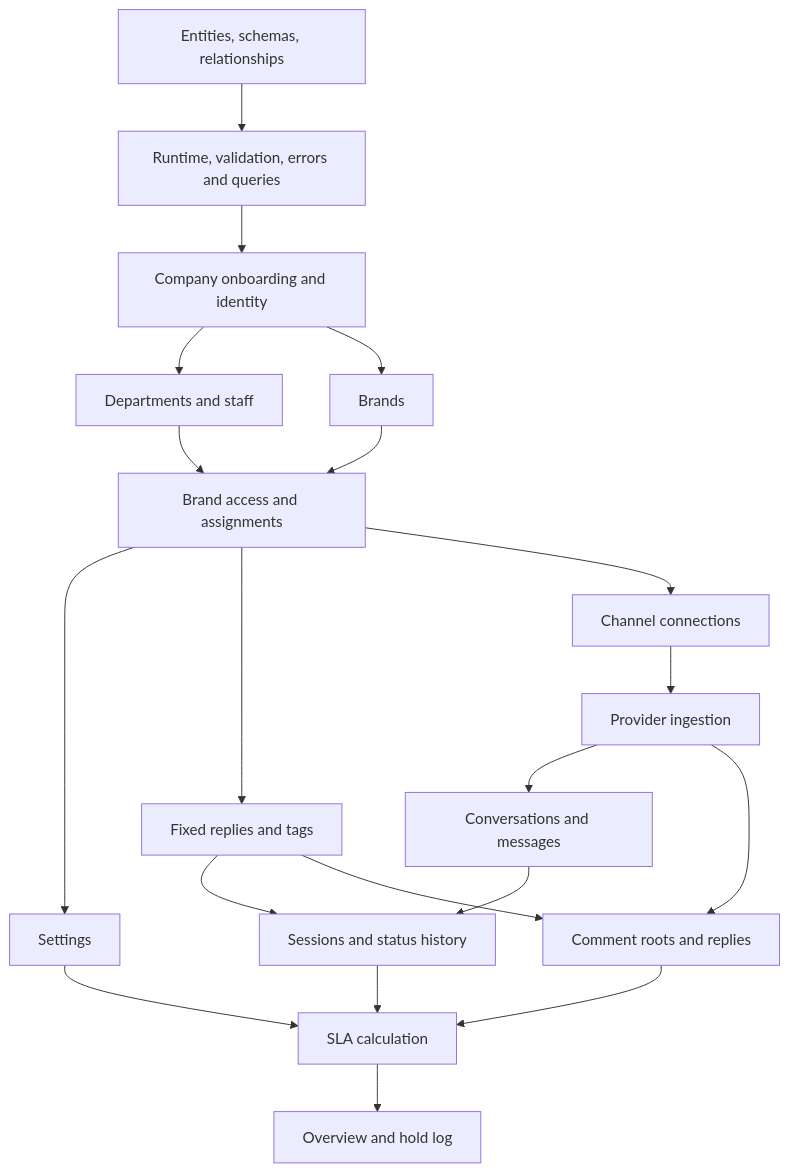
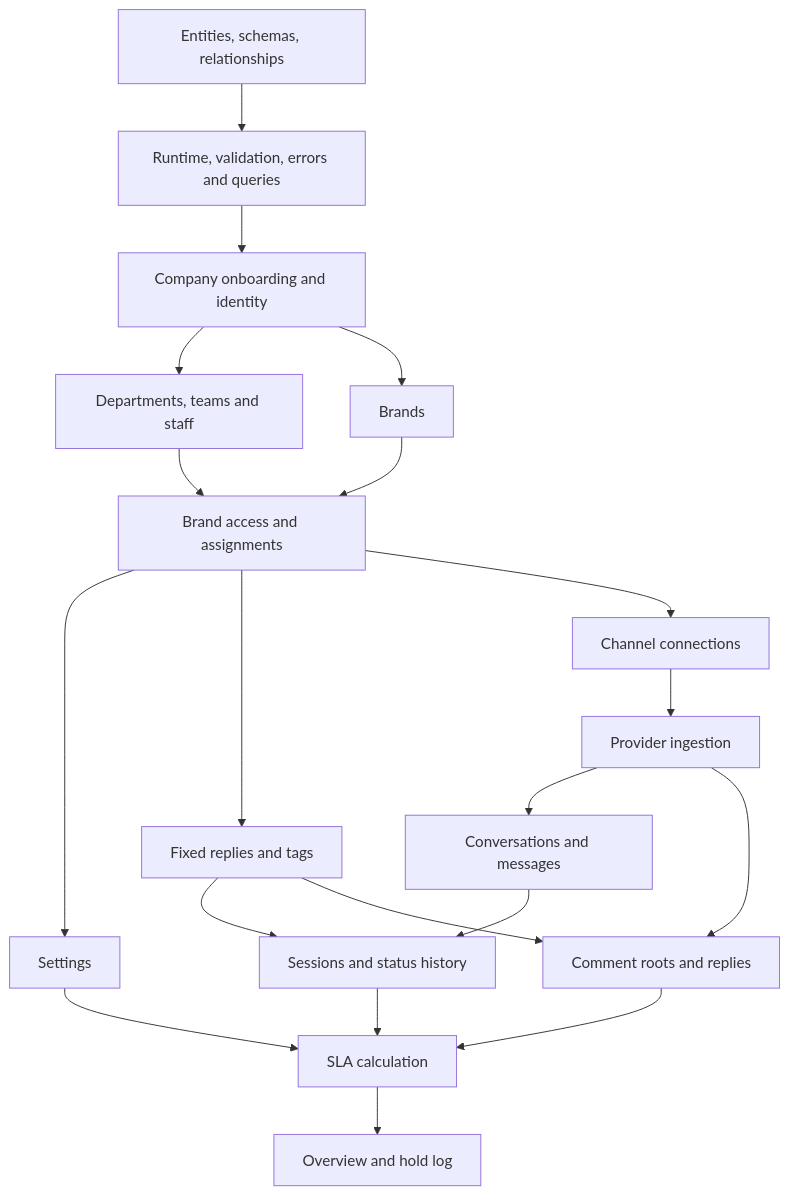
Before and after one commit to mdsalahuddin2001/fullstackshikhi: the diagram in content/docs/listenyzen/learning-path.mdx, drawn with Mermaid. The commit also changed other lines of this file and 24 other files, not shown here.

````diff
--- a/content/docs/listenyzen/learning-path.mdx
+++ b/content/docs/listenyzen/learning-path.mdx
@@ -12,22 +12,22 @@
 ```mermaid
 flowchart TD
   DB[Entities, schemas, relationships] --> Shared[Runtime, validation, errors and queries]
   Shared --> Auth[Company onboarding and identity]
-  Auth --> Staff[Departments and staff]
+  Auth --> Staff[Departments, teams and staff]
   Auth --> Brand[Brands]
   Staff --> Access[Brand access and assignments]
   Brand --> Access
   Access --> Settings[Settings]
   Access --> Replies[Fixed replies and tags]
   Access --> Channels[Channel connections]
   Channels --> Ingest[Provider ingestion]
   Ingest --> Inbox[Conversations and messages]
   Ingest --> Comments[Comment roots and replies]
   Inbox --> Sessions[Sessions and status history]
   Replies --> Sessions
   Replies --> Comments
   Sessions --> SLA[SLA calculation]
   Comments --> SLA
   Settings --> SLA
   SLA --> Reporting[Overview and hold log]
 ```
````
